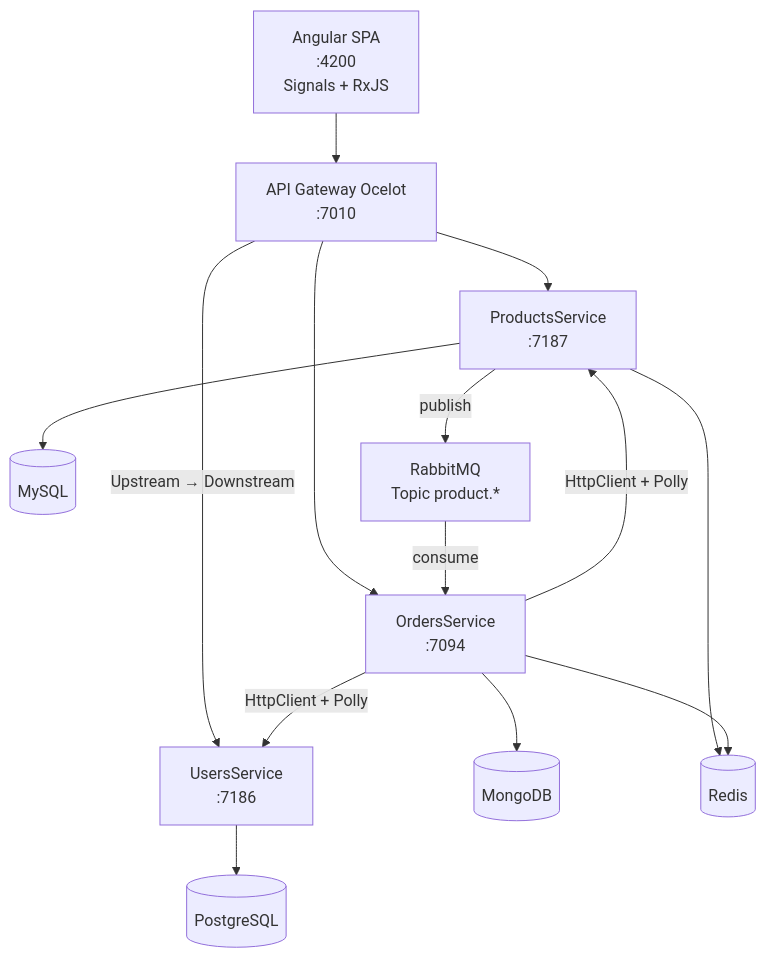
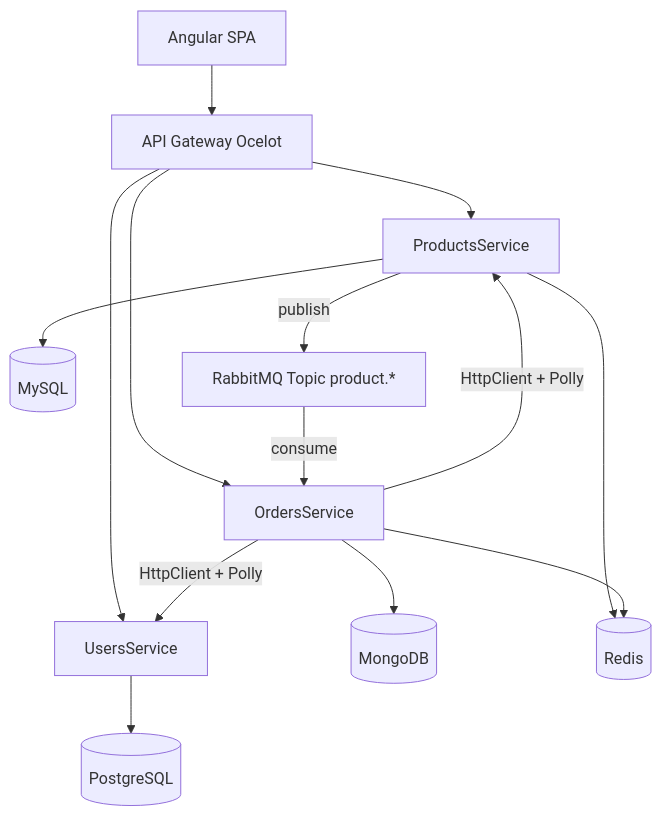
Before and after one commit to gui-silva-github/eCommerceMicroservice: the diagram in README.md, drawn with Mermaid. The commit also changed other lines of this file, not shown here.

````diff
--- a/README.md
+++ b/README.md
@@ -328,31 +281,31 @@
 ```mermaid
 flowchart TB
-    Angular["Angular SPA<br/>:4200<br/>Signals + RxJS"]
-    Gateway["API Gateway Ocelot<br/>:7010"]
+    Angular["Angular SPA"]
+    Gateway["API Gateway Ocelot"]
 
-    Users["UsersService<br/>:7186"]
-    Products["ProductsService<br/>:7187"]
-    Orders["OrdersService<br/>:7094"]
+    Users["UsersService"]
+    Products["ProductsService"]
+    Orders["OrdersService"]
 
     PG[("PostgreSQL")]
     MySQL[("MySQL")]
     Mongo[("MongoDB")]
     Redis[("Redis")]
-    RMQ["RabbitMQ<br/>Topic product.*"]
+    RMQ["RabbitMQ Topic product.*"]
 
     Angular --> Gateway
-    Gateway -->|"Upstream → Downstream"| Users
+    Gateway --> Users
     Gateway --> Products
     Gateway --> Orders
 
     Users --> PG
     Products --> MySQL
     Products --> Redis
     Products -->|"publish"| RMQ
     Orders --> Mongo
     Orders --> Redis
     RMQ -->|"consume"| Orders
 
     Orders -->|"HttpClient + Polly"| Users
     Orders -->|"HttpClient + Polly"| Products
 ```
````
